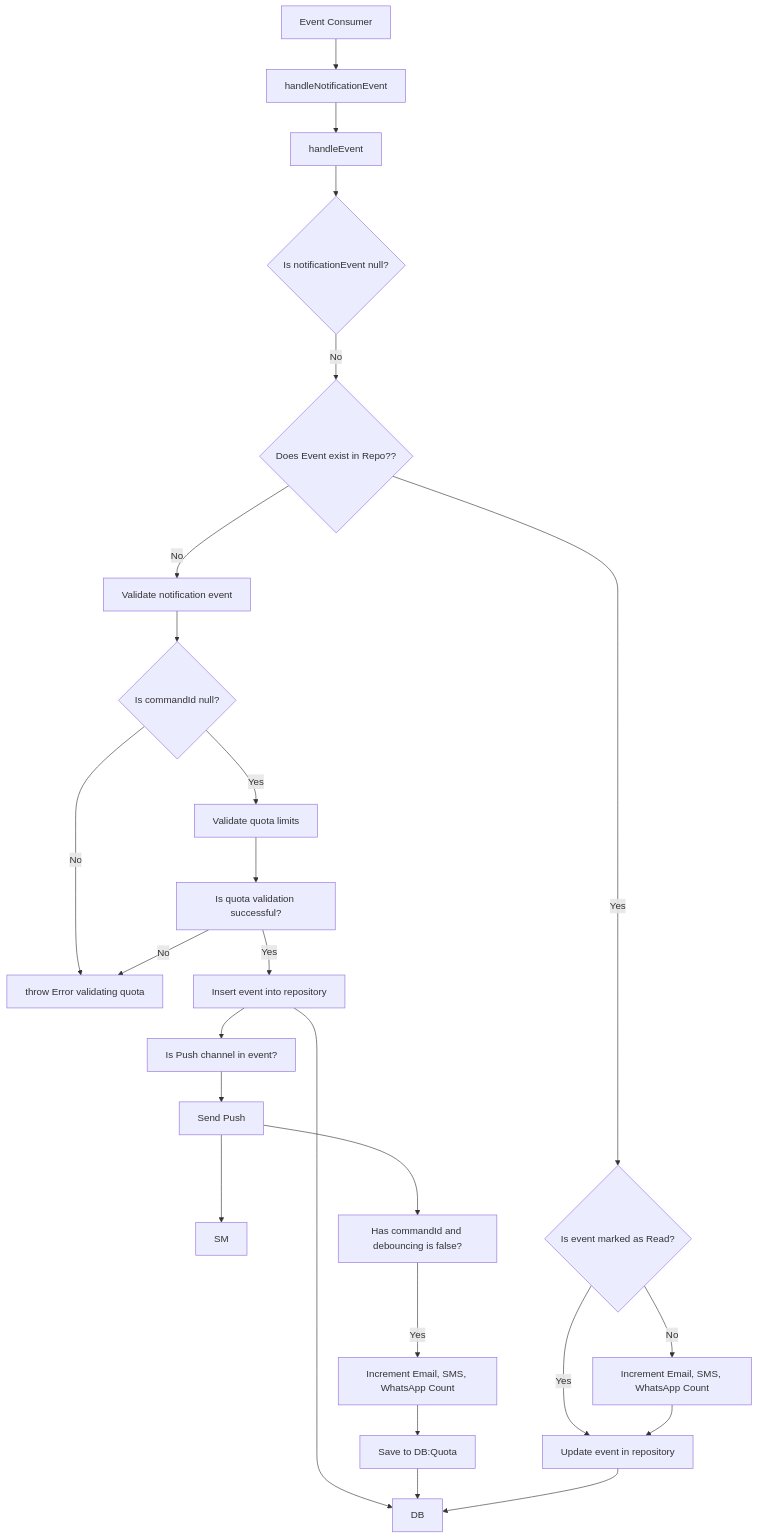
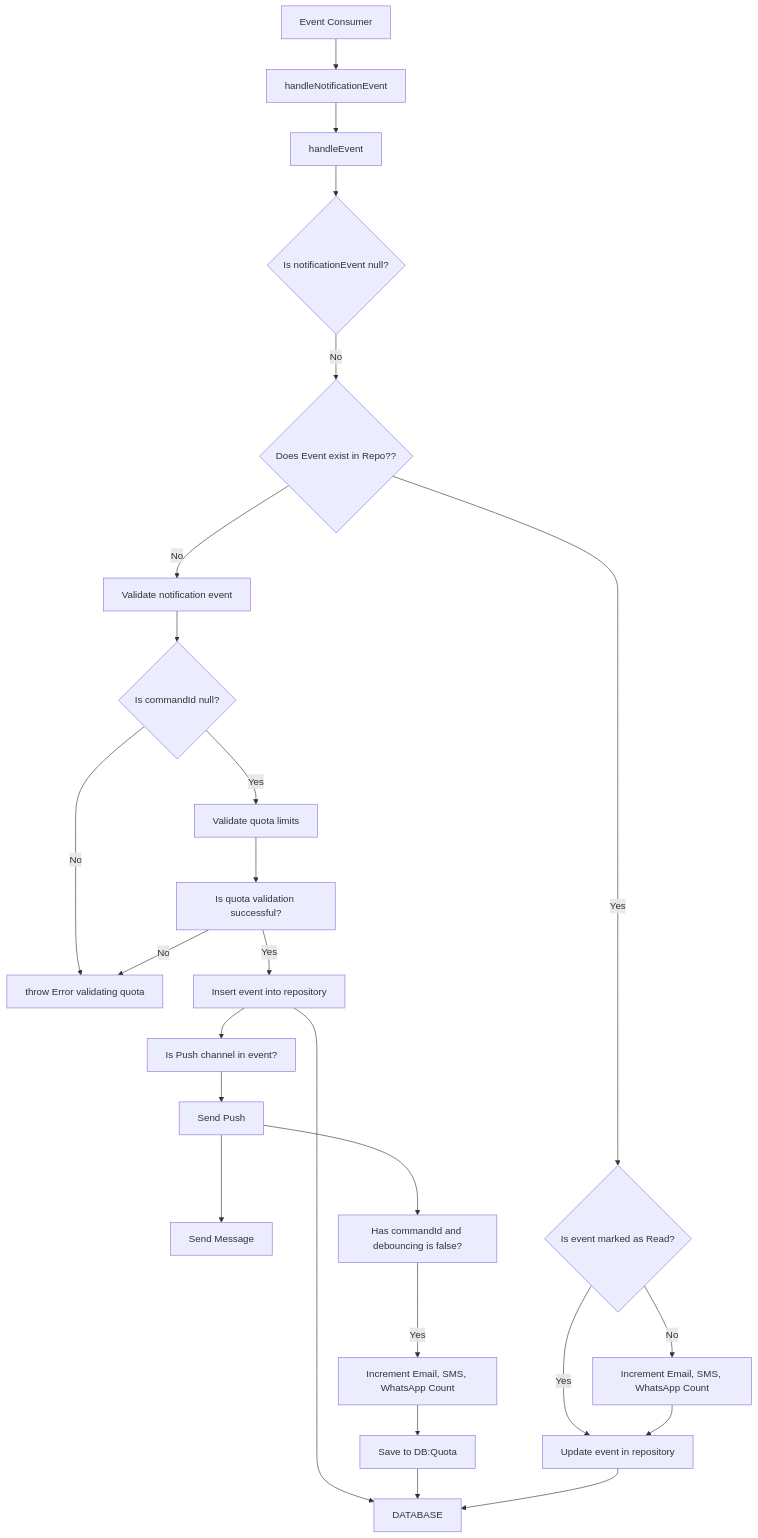
Before and after one commit to SahilAggarwall/NewJourney: the second of 3 diagrams in NewFC.md, drawn with Mermaid. The commit also changed other lines of this file, not shown here.

````diff
--- a/NewFC.md
+++ b/NewFC.md
@@ -106,13 +106,13 @@
 ```mermaid
    flowchart
     EC[Event Consumer] --> P[handleNotificationEvent] --> P1[handleEvent] --> P2{Is notificationEvent null?} -- No --> P3{Does Event exist in Repo??}
     P3 -- No --> P4[Validate notification event] --> P5{Is commandId null?}
     P5 -- No --> P6[throw Error validating quota]
-    P5 -- Yes --> P7[Validate quota limits] --> P8[Is quota validation successful?] -- Yes --> P9[Insert event into repository] --> DB
+    P5 -- Yes --> P7[Validate quota limits] --> P8[Is quota validation successful?] -- Yes --> P9[Insert event into repository] --> DB[DATABASE]
     P8 -- No --> P6
-    P9 --> P10[Is Push channel in event?] --> P11[Send Push] --> SM
+    P9 --> P10[Is Push channel in event?] --> P11[Send Push] --> SM[Send Message]
     P11 --> P12[Has commandId and debouncing is false?] -- Yes --> P13[Increment Emai﻿l, SMS, WhatsApp Count] --> P14[Save to DB:Quota] --> DB
     P3 -- Yes --> P15{Is event marked as Read?}
     P15 -- Yes --> P16[Update event in repository]
-    P15 -- No --> P17[Increment Email, SMS, WhatsApp Count] --> P16 --> DB
+    P15 -- No --> P17[Increment Email, SMS, WhatsApp Count] --> P16 --> DB[DATABASE]
 ```
````
